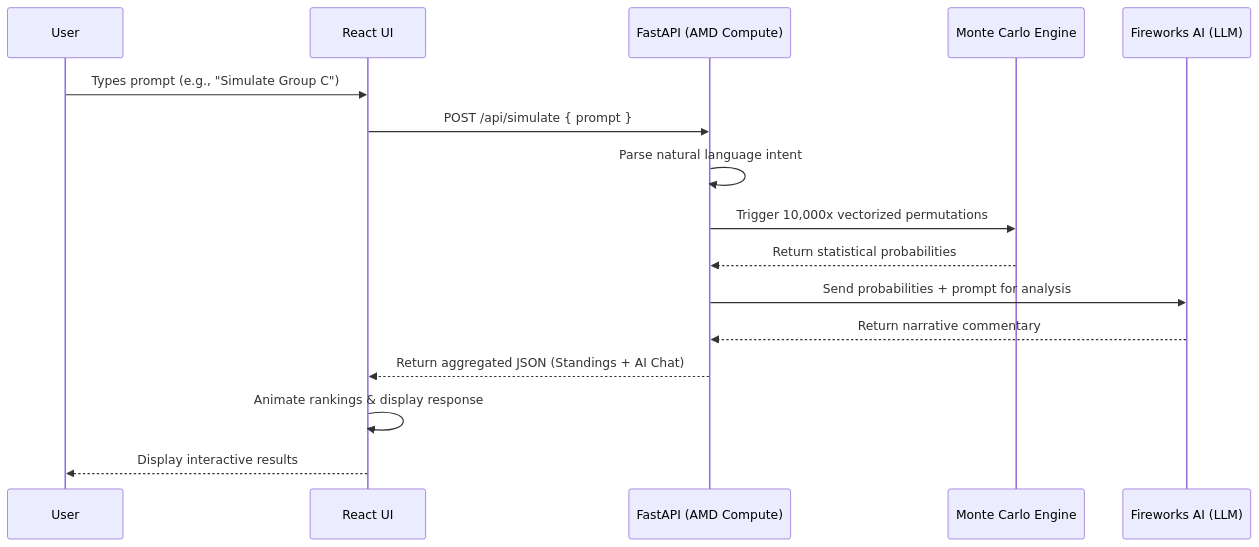
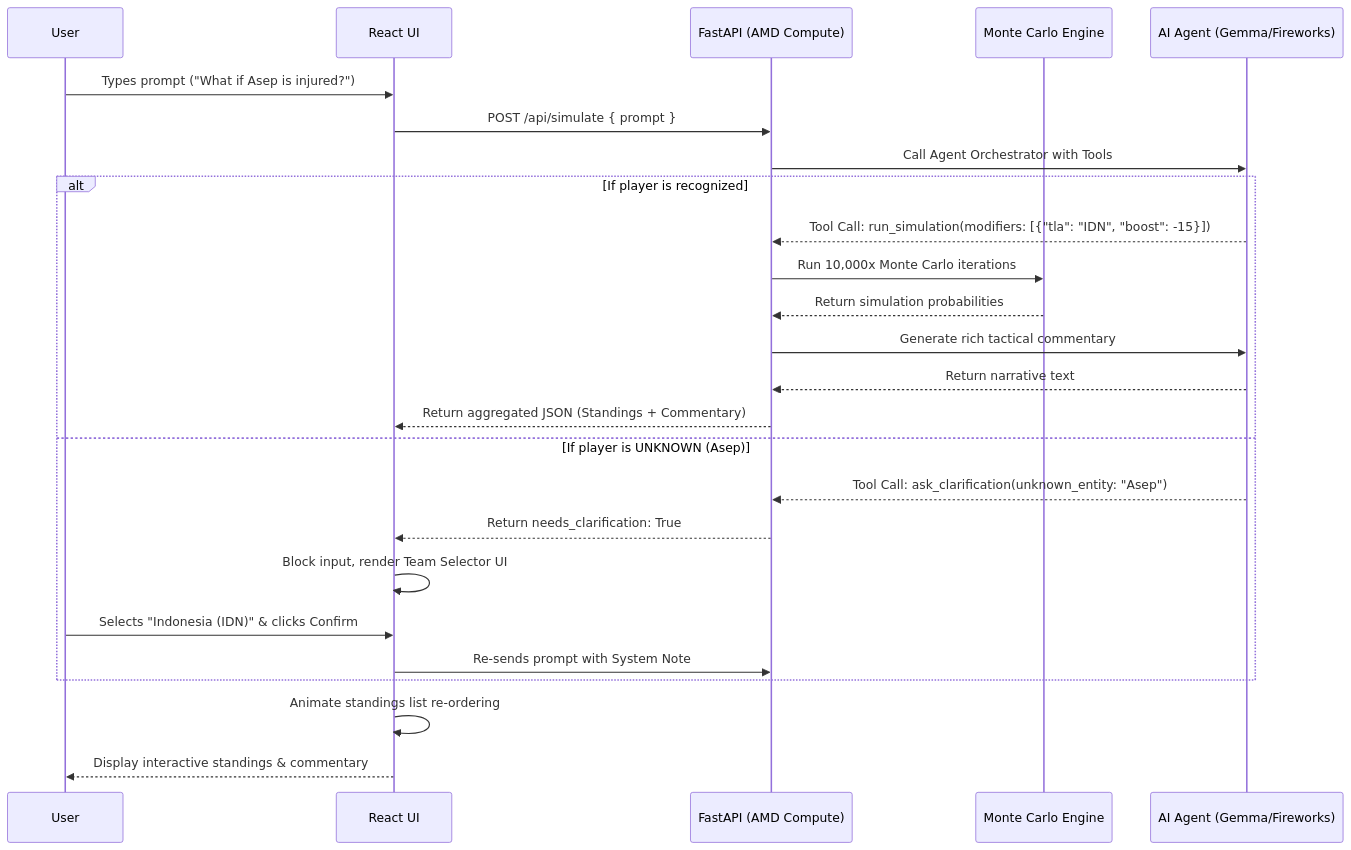
One commit to Yogs4R/fuenzer-sports changed the second of 3 diagrams in README.md. Above: the diagram before and after it, drawn with Mermaid. The commit also changed other lines of this file, not shown here.

Commit message:
docs: update README.md with comprehensive project architecture and unicorn vision

````diff
--- a/README.md
+++ b/README.md
@@ -94,19 +136,28 @@
 ```mermaid
 sequenceDiagram
     participant User
     participant Frontend as React UI
     participant Backend as FastAPI (AMD Compute)
     participant Engine as Monte Carlo Engine
-    participant Fireworks as Fireworks AI (LLM)
+    participant LLM as AI Agent (Gemma/Fireworks)
 
-    User->>Frontend: Types prompt (e.g., "Simulate Group C")
+    User->>Frontend: Types prompt ("What if Asep is injured?")
     Frontend->>Backend: POST /api/simulate { prompt }
-    Backend->>Backend: Parse natural language intent
-    Backend->>Engine: Trigger 10,000x vectorized permutations
-    Engine-->>Backend: Return statistical probabilities
-    Backend->>Fireworks: Send probabilities + prompt for analysis
-    Fireworks-->>Backend: Return narrative commentary
-    Backend-->>Frontend: Return aggregated JSON (Standings + AI Chat)
-    Frontend->>Frontend: Animate rankings & display response
-    Frontend-->>User: Display interactive results
+    Backend->>LLM: Call Agent Orchestrator with Tools
+    alt If player is recognized
+        LLM-->>Backend: Tool Call: run_simulation(modifiers: [{"tla": "IDN", "boost": -15}])
+        Backend->>Engine: Run 10,000x Monte Carlo iterations
+        Engine-->>Backend: Return simulation probabilities
+        Backend->>LLM: Generate rich tactical commentary
+        LLM-->>Backend: Return narrative text
+        Backend-->>Frontend: Return aggregated JSON (Standings + Commentary)
+    else If player is UNKNOWN (Asep)
+        LLM-->>Backend: Tool Call: ask_clarification(unknown_entity: "Asep")
+        Backend-->>Frontend: Return needs_clarification: True
+        Frontend->>Frontend: Block input, render Team Selector UI
+        User->>Frontend: Selects "Indonesia (IDN)" & clicks Confirm
+        Frontend->>Backend: Re-sends prompt with System Note
+    end
+    Frontend->>Frontend: Animate standings list re-ordering
+    Frontend-->>User: Display interactive standings & commentary
 ```
````
